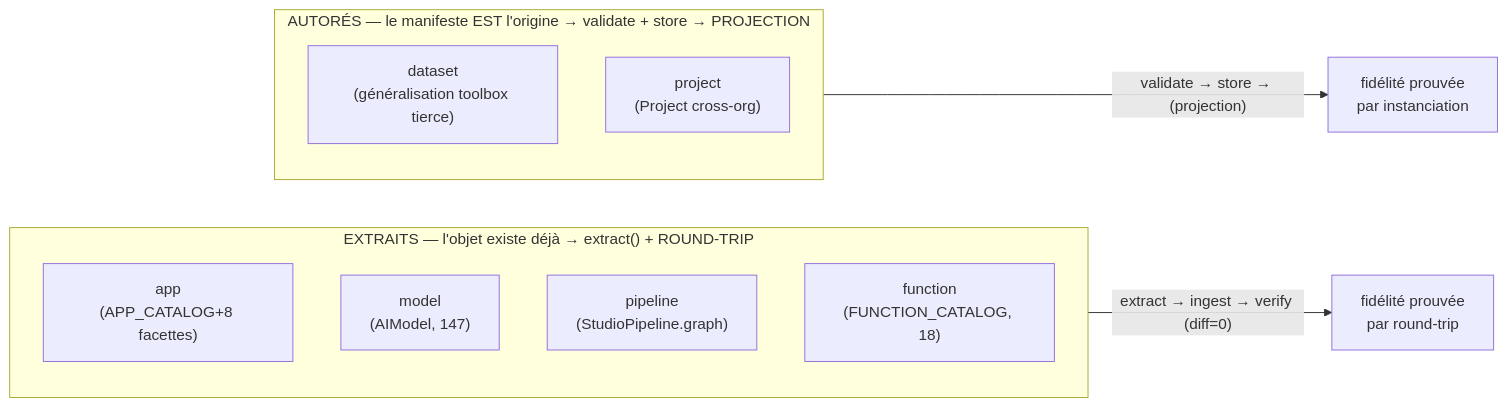
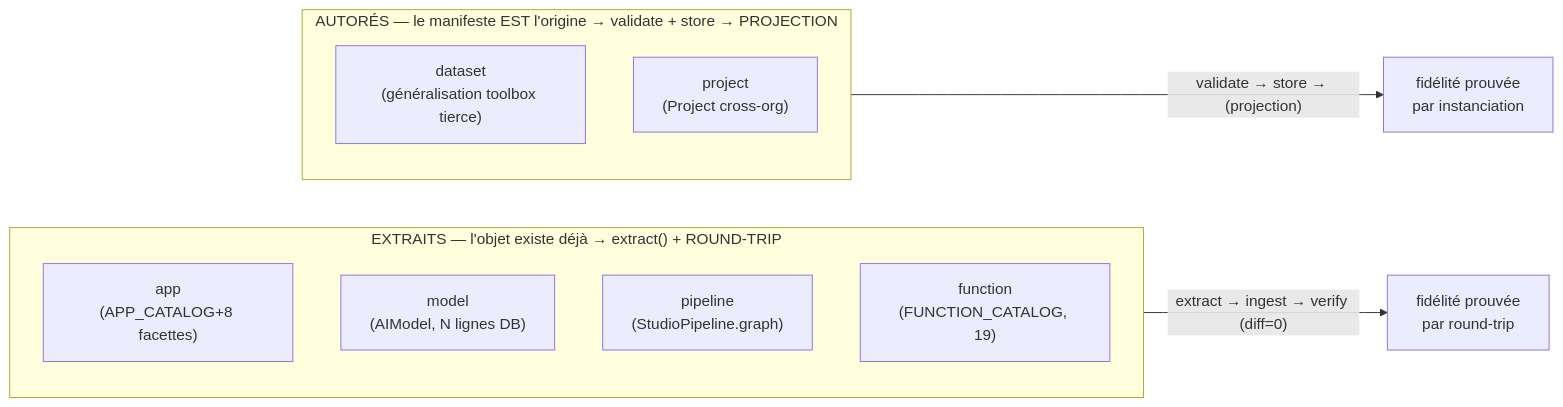
The second of 5 diagrams in WAMA_MANIFEST_ARCHITECTURE.md (fmoreau69/wama), drawn with Mermaid before and after one commit. The commit also changed other lines of this file and 8 other files, not shown here.

````diff
--- a/WAMA_MANIFEST_ARCHITECTURE.md
+++ b/WAMA_MANIFEST_ARCHITECTURE.md
@@ -65,16 +70,16 @@
 ```mermaid
 flowchart LR
     subgraph EX["EXTRAITS — l'objet existe déjà → extract() + ROUND-TRIP"]
         A["app<br/>(APP_CATALOG+8 facettes)"]
-        M["model<br/>(AIModel, 147)"]
+        M["model<br/>(AIModel, N lignes DB)"]
         P["pipeline<br/>(StudioPipeline.graph)"]
-        F["function<br/>(FUNCTION_CATALOG, 18)"]
+        F["function<br/>(FUNCTION_CATALOG, 19)"]
     end
     subgraph AU["AUTORÉS — le manifeste EST l'origine → validate + store → PROJECTION"]
         D["dataset<br/>(généralisation toolbox tierce)"]
         PJ["project<br/>(Project cross-org)"]
     end
 
     EX -->|"extract → ingest → verify (diff=0)"| OKX["fidélité prouvée<br/>par round-trip"]
     AU -->|"validate → store → (projection)"| OKA["fidélité prouvée<br/>par instanciation"]
 ```
````
